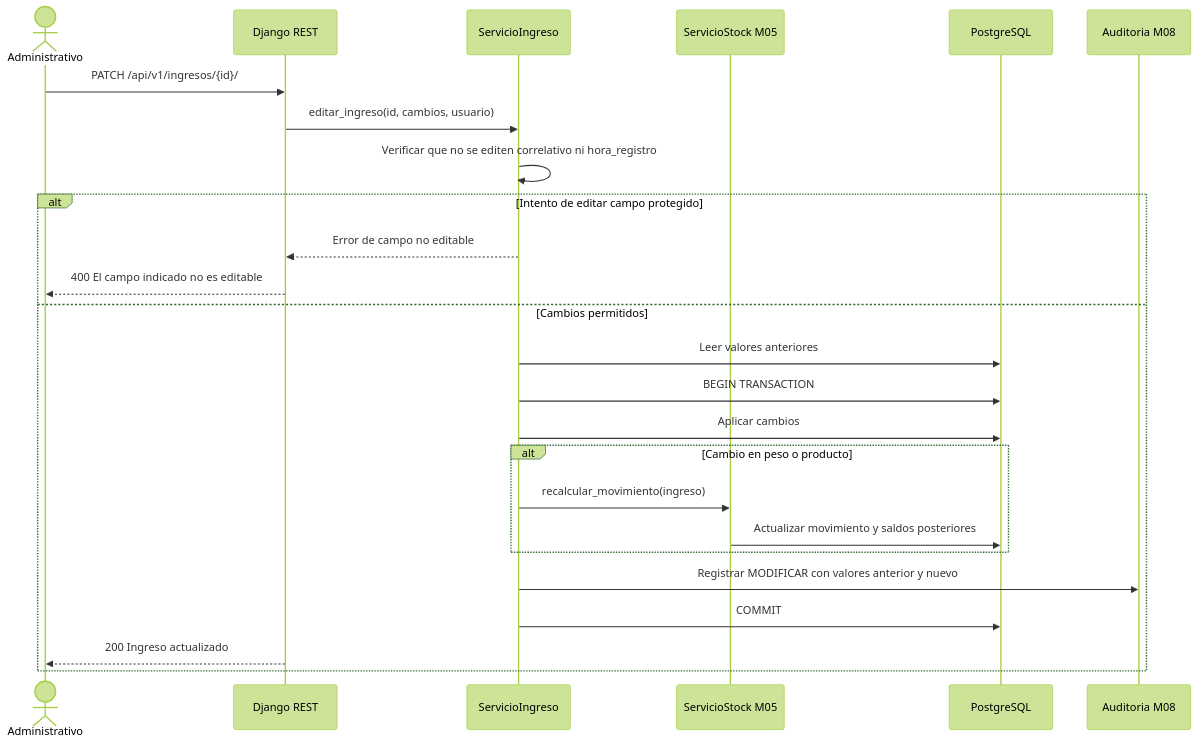
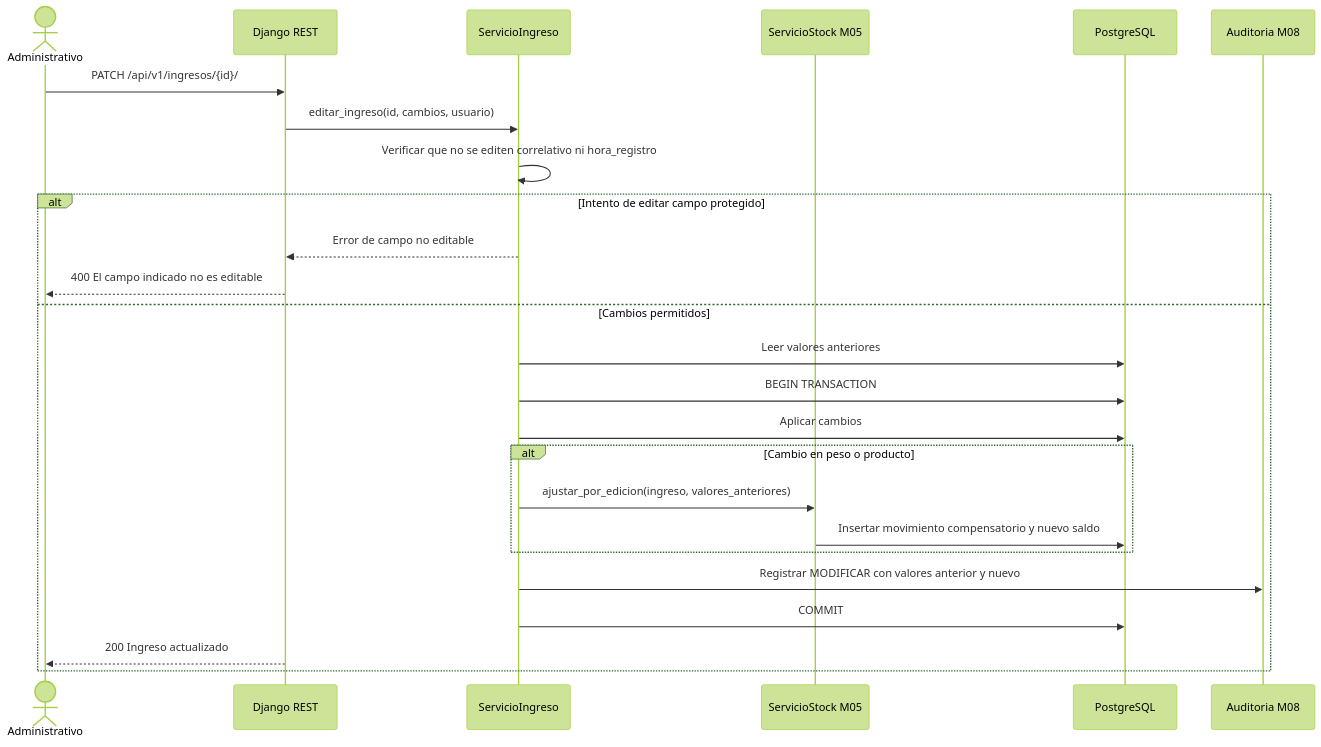
The fourth of 4 diagrams in docs/modulos/M03-ingresos/diagramas/secuencia.md (adlerOmonte1/LogisticaMinera), drawn with Mermaid (forest theme) before and after one commit. The commit also changed other lines of this file and 24 other files, not shown here.

````diff
--- a/docs/modulos/M03-ingresos/diagramas/secuencia.md
+++ b/docs/modulos/M03-ingresos/diagramas/secuencia.md
@@ -106,29 +106,29 @@
 ```mermaid
 sequenceDiagram
     actor A as Administrativo
     participant API as Django REST
     participant SRV as ServicioIngreso
     participant STK as ServicioStock M05
     participant DB as PostgreSQL
     participant AUD as Auditoria M08
 
     A->>API: PATCH /api/v1/ingresos/{id}/
     API->>SRV: editar_ingreso(id, cambios, usuario)
     SRV->>SRV: Verificar que no se editen correlativo ni hora_registro
 
     alt Intento de editar campo protegido
         SRV-->>API: Error de campo no editable
         API-->>A: 400 El campo indicado no es editable
     else Cambios permitidos
         SRV->>DB: Leer valores anteriores
         SRV->>DB: BEGIN TRANSACTION
         SRV->>DB: Aplicar cambios
         alt Cambio en peso o producto
-            SRV->>STK: recalcular_movimiento(ingreso)
-            STK->>DB: Actualizar movimiento y saldos posteriores
+            SRV->>STK: ajustar_por_edicion(ingreso, valores_anteriores)
+            STK->>DB: Insertar movimiento compensatorio y nuevo saldo
         end
         SRV->>AUD: Registrar MODIFICAR con valores anterior y nuevo
         SRV->>DB: COMMIT
         API-->>A: 200 Ingreso actualizado
     end
 ```
````
